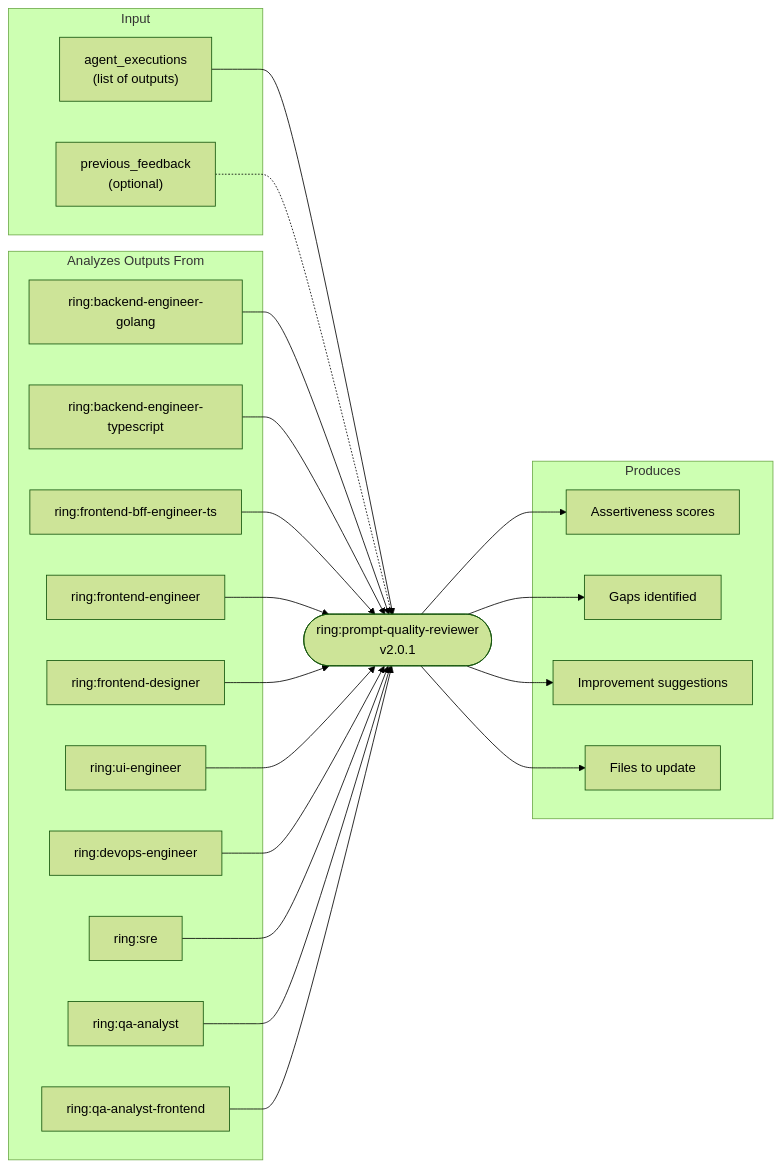
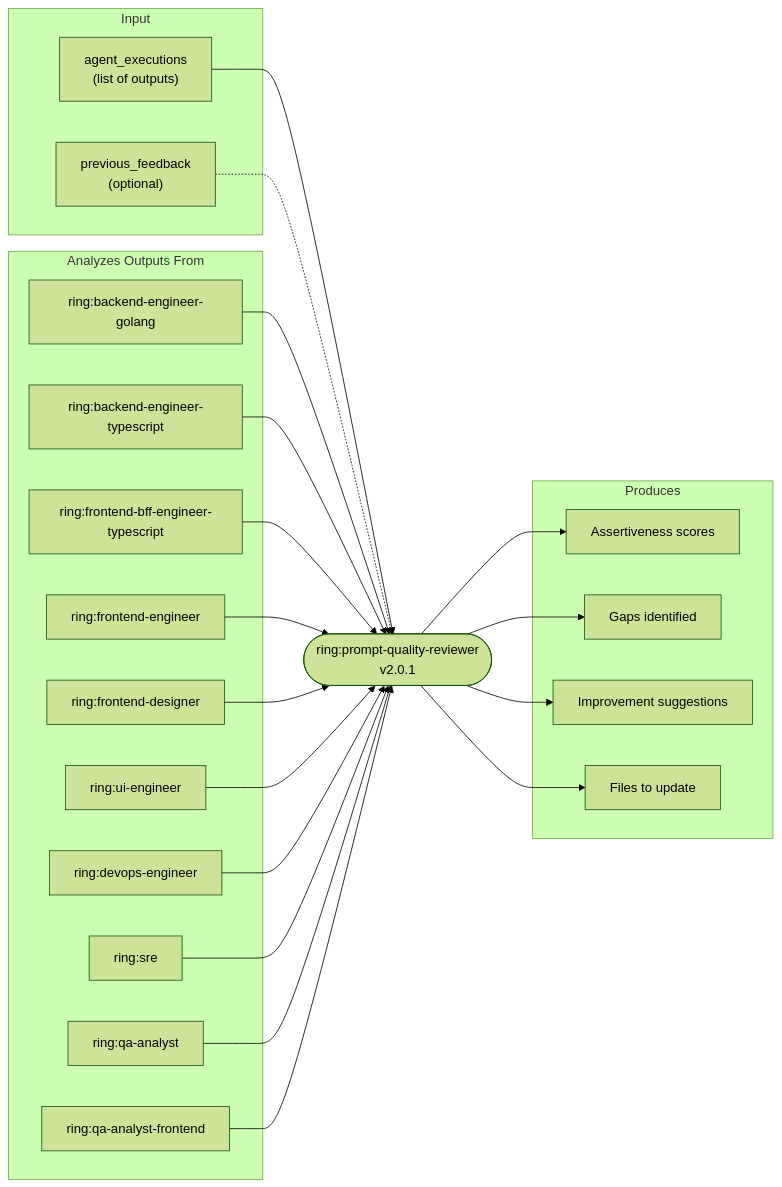
One commit to LerianStudio/ring changed diagram 12 of 21 in dev-team/docs/dependency-diagrams.md. Above: the diagram before and after it, drawn with Mermaid (forest theme). The commit also changed other lines of this file, not shown here.

First line of the commit message:
docs(dev-team): use canonical agent names in dependency diagrams

````diff
--- a/dev-team/docs/dependency-diagrams.md
+++ b/dev-team/docs/dependency-diagrams.md
@@ -559,36 +559,36 @@
 ```mermaid
 flowchart LR
     agent(["ring:prompt-quality-reviewer<br/>v2.0.1"])
 
     subgraph Analyzes["Analyzes Outputs From"]
         goEng["ring:backend-engineer-golang"]
         tsEng["ring:backend-engineer-typescript"]
-        bffEng["ring:frontend-bff-engineer-ts"]
+        bffEng["ring:frontend-bff-engineer-typescript"]
         feEng["ring:frontend-engineer"]
         feDes["ring:frontend-designer"]
         uiEng["ring:ui-engineer"]
         devopsA["ring:devops-engineer"]
         sreA["ring:sre"]
         qaA["ring:qa-analyst"]
         qaFE["ring:qa-analyst-frontend"]
     end
 
     subgraph Produces["Produces"]
         scores["Assertiveness scores"]
         gaps["Gaps identified"]
         suggestions["Improvement suggestions"]
         files["Files to update"]
     end
 
     subgraph Input["Input"]
         executions["agent_executions<br/>(list of outputs)"]
         prev["previous_feedback<br/>(optional)"]
     end
 
     executions --> agent
     prev -.-> agent
     goEng & tsEng & bffEng & feEng --> agent
     feDes & uiEng & devopsA & sreA --> agent
     qaA & qaFE --> agent
     agent --> scores & gaps & suggestions & files
 ```
````
